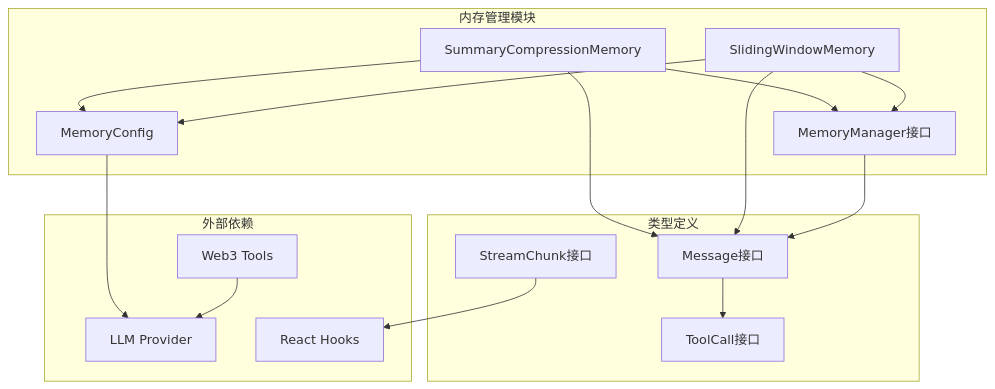
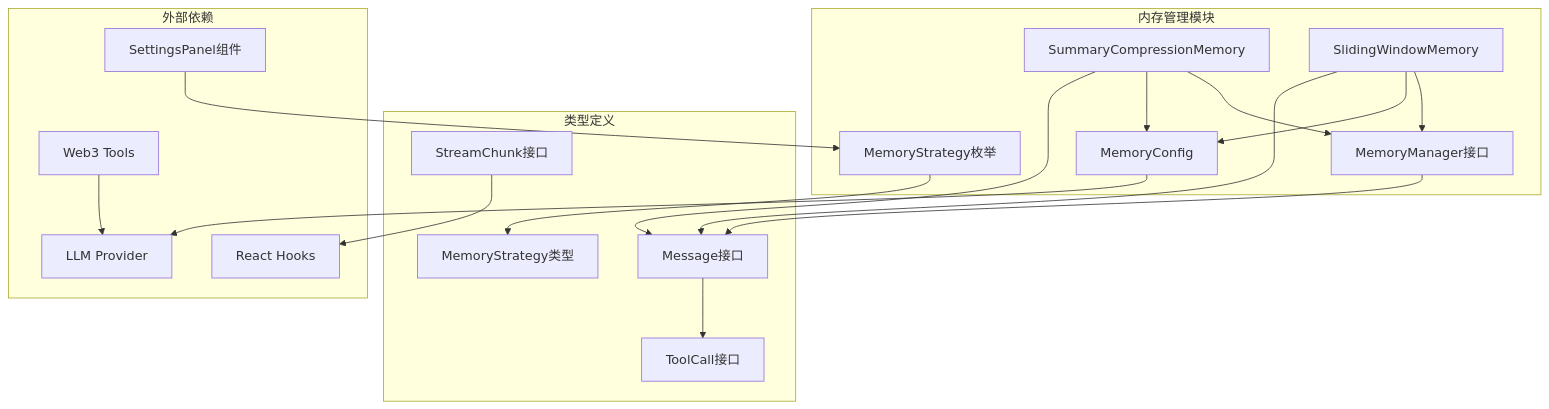
Diagram 12 of 12 in .qoder/repowiki/zh/content/核心技能详解/内存管理系统.md (CryptoLinxu/Web3-AI-Agent), drawn with Mermaid before and after one commit. The commit also changed other lines of this file and 23 other files, not shown here.

````diff
--- a/.qoder/repowiki/zh/content/核心技能详解/内存管理系统.md
+++ b/.qoder/repowiki/zh/content/核心技能详解/内存管理系统.md
@@ -400,30 +474,35 @@
 ```mermaid
 graph TB
 subgraph "内存管理模块"
 A[SummaryCompressionMemory]
 B[SlidingWindowMemory]
 C[MemoryManager接口]
 D[MemoryConfig]
+E[MemoryStrategy枚举]
 end
 subgraph "类型定义"
-E[Message接口]
-F[ToolCall接口]
-G[StreamChunk接口]
+F[Message接口]
+G[ToolCall接口]
+H[StreamChunk接口]
+I[MemoryStrategy类型]
 end
 subgraph "外部依赖"
-H[LLM Provider]
-I[Web3 Tools]
-J[React Hooks]
+J[LLM Provider]
+K[Web3 Tools]
+L[React Hooks]
+M[SettingsPanel组件]
 end
 A --> C
 B --> C
 A --> D
 B --> D
-A --> E
-B --> E
-C --> E
-D --> H
-E --> F
-G --> J
-I --> H
+A --> F
+B --> F
+C --> F
+D --> J
+F --> G
+H --> L
+K --> J
+E --> I
+M --> E
 ```
````
